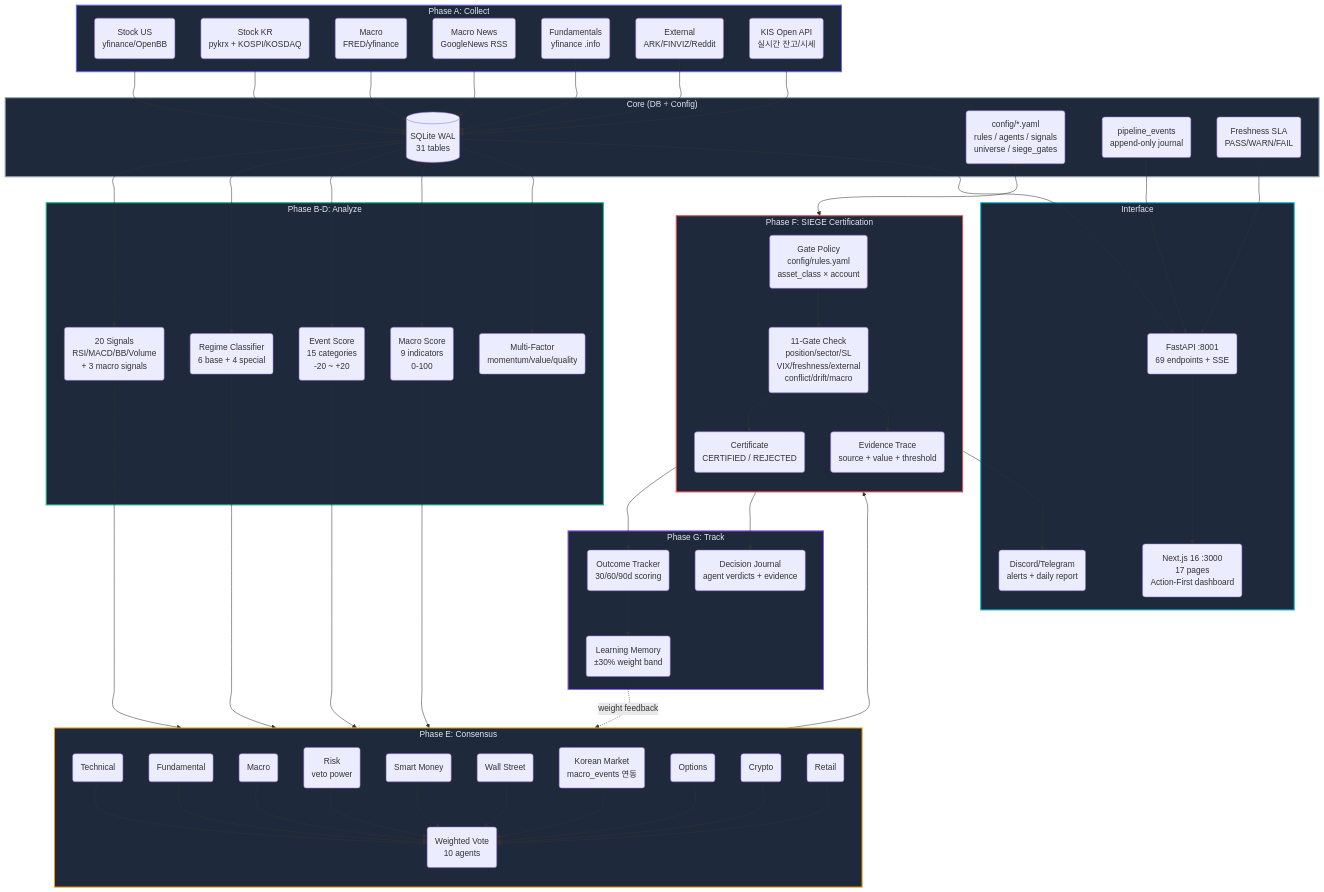
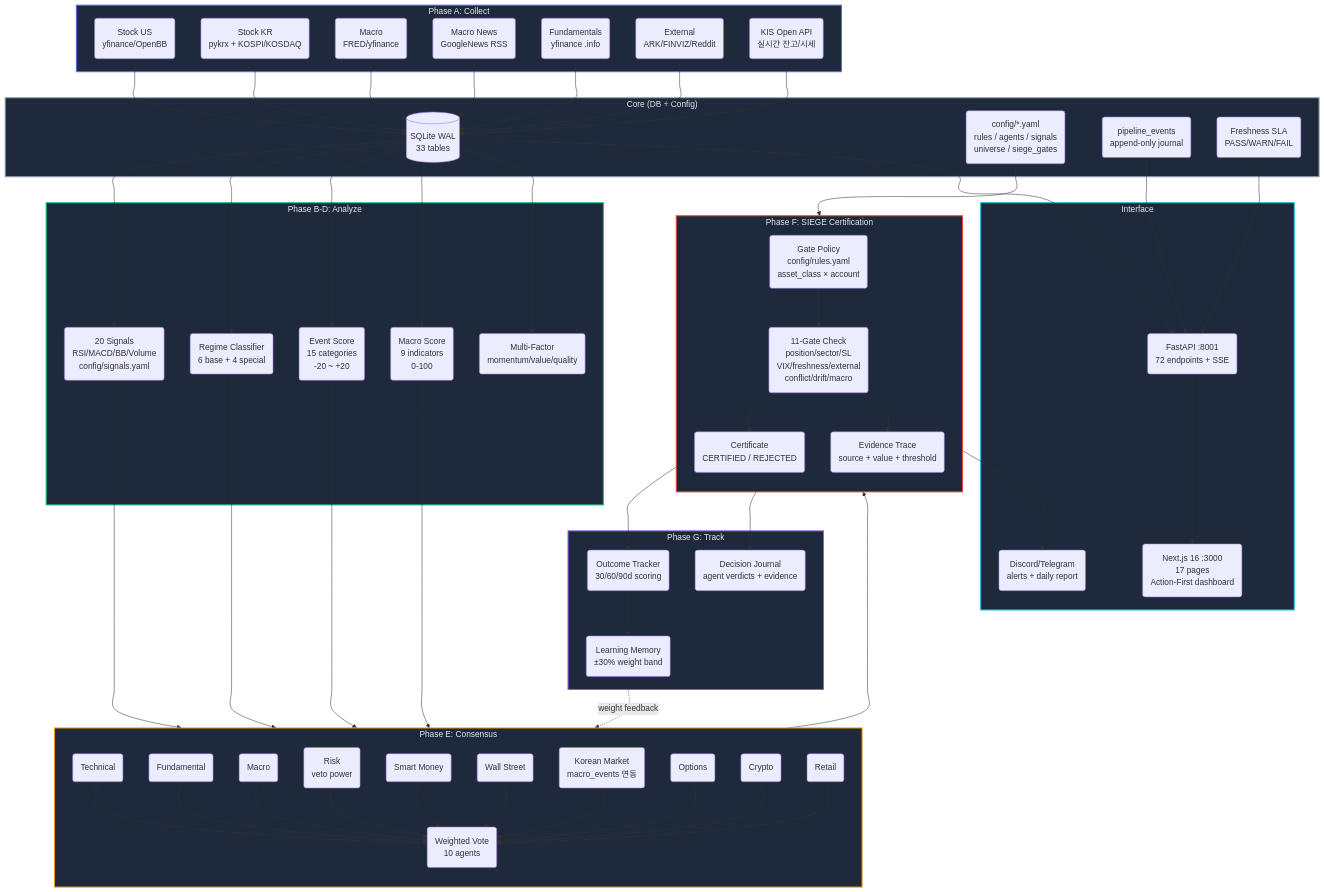
The diagram in README.md (researcherhojin/nuri-quant), drawn with Mermaid before and after one commit. The commit also changed other lines of this file and 3 other files, not shown here.

First line of the commit message:
docs: drift sync — README/CLAUDE/STRATEGY/ARCHITECTURE counts

```diff
--- a/README.md
+++ b/README.md
@@ -31,14 +31,14 @@
   end
 
   subgraph Core["Core (DB + Config)"]
-    DB[("SQLite WAL\n31 tables")]
+    DB[("SQLite WAL\n33 tables")]
     Config("config/*.yaml\nrules / agents / signals\nuniverse / siege_gates")
     Events("pipeline_events\nappend-only journal")
     Freshness("Freshness SLA\nPASS/WARN/FAIL")
   end
 
   subgraph Analyze["Phase B-D: Analyze"]
-    Signals("20 Signals\nRSI/MACD/BB/Volume\n+ 3 macro signals")
+    Signals("20 Signals\nRSI/MACD/BB/Volume\nconfig/signals.yaml")
     Regime("Regime Classifier\n6 base + 4 special")
     EventScore("Event Score\n15 categories\n-20 ~ +20")
     MacroScore("Macro Score\n9 indicators\n0-100")
@@ -75,7 +75,7 @@
   end
 
   subgraph Serve["Interface"]
-    API("FastAPI :8001\n69 endpoints + SSE")
+    API("FastAPI :8001\n72 endpoints + SSE")
     Dashboard("Next.js 16 :3000\n17 pages\nAction-First dashboard")
     Discord("Discord/Telegram\nalerts + daily report")
   end
```
